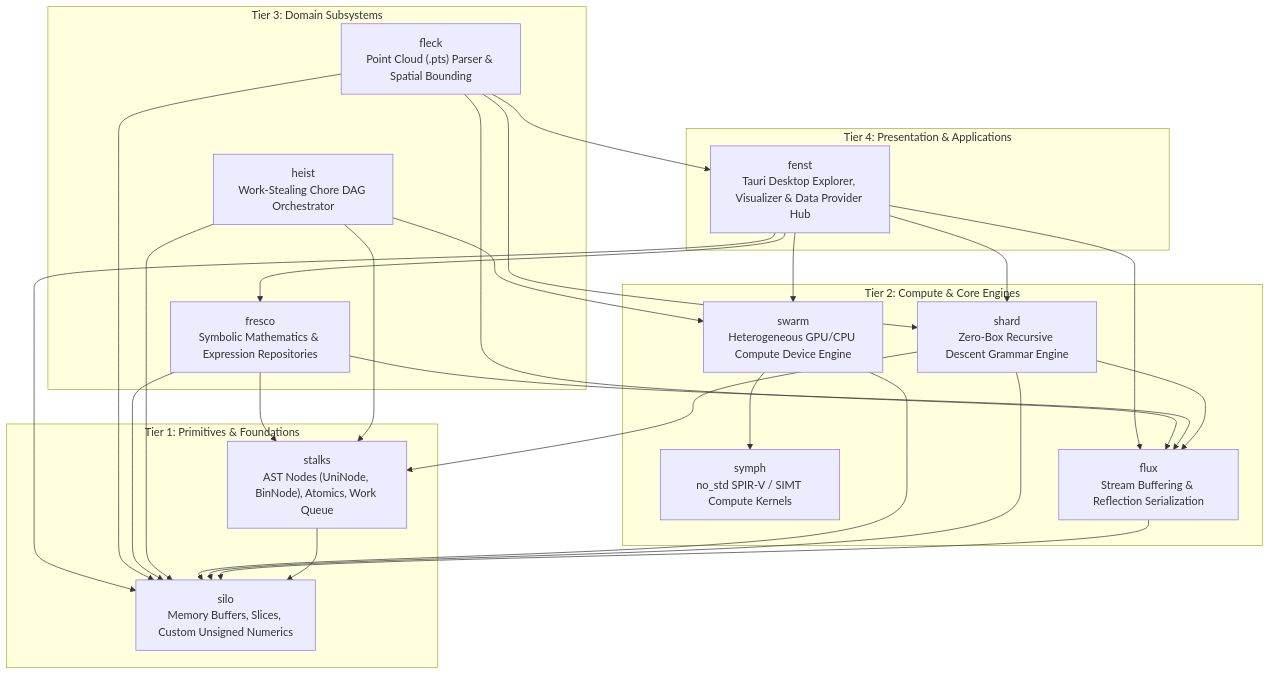
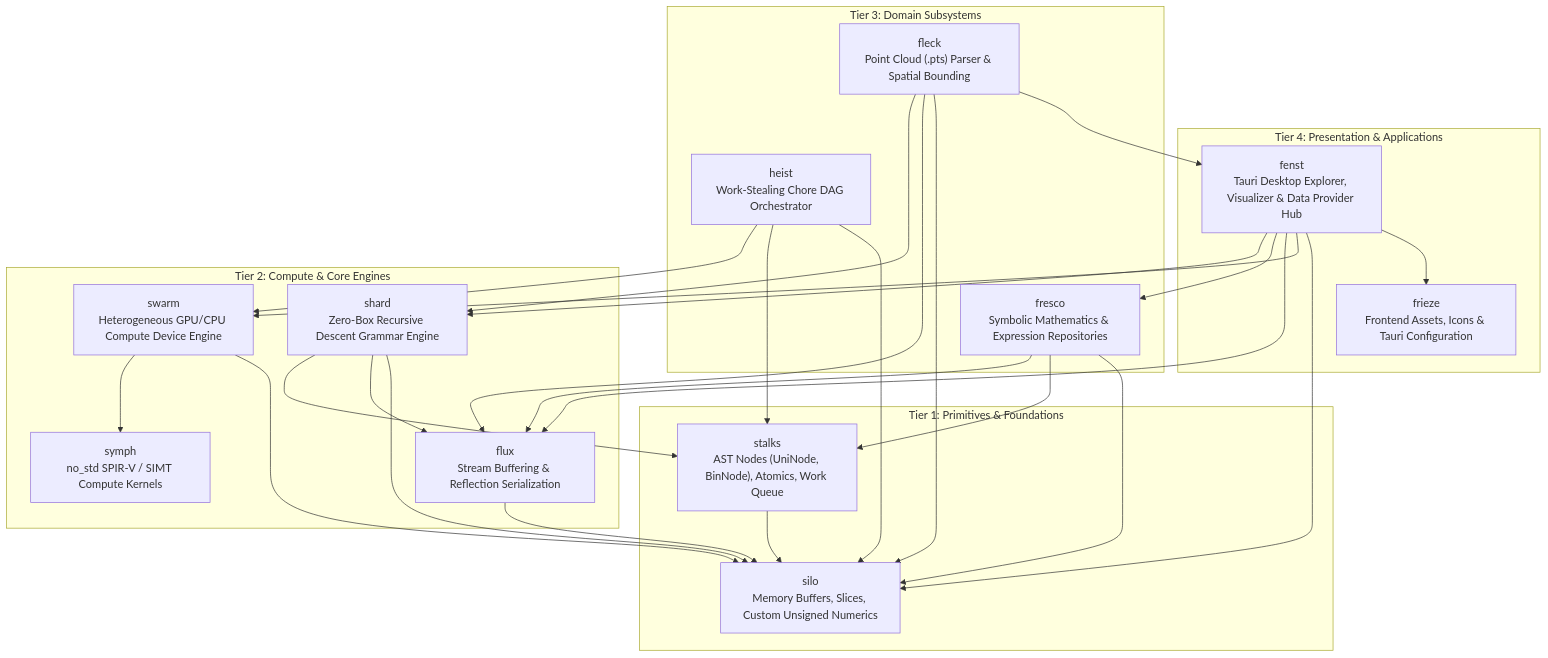
The diagram in wiki/Architecture.md (jswarup/Kosh), drawn with Mermaid before and after one commit. The commit also changed other lines of this file and 3 other files, not shown here.

First line of the commit message:
docs: add frieze module documentation and update architecture

````diff
--- a/wiki/Architecture.md
+++ b/wiki/Architecture.md
@@ -17,53 +17,55 @@
 ```mermaid
 graph TD
     subgraph Layer4 ["Tier 4: Presentation & Applications"]
         Fenst["fenst<br/>Tauri Desktop Explorer, Visualizer & Data Provider Hub"]
+        Frieze["frieze<br/>Frontend Assets, Icons & Tauri Configuration"]
     end
 
     subgraph Layer3 ["Tier 3: Domain Subsystems"]
         Fleck["fleck<br/>Point Cloud (.pts) Parser & Spatial Bounding"]
         Fresco["fresco<br/>Symbolic Mathematics & Expression Repositories"]
         Heist["heist<br/>Work-Stealing Chore DAG Orchestrator"]
     end
 
     subgraph Layer2 ["Tier 2: Compute & Core Engines"]
         Swarm["swarm<br/>Heterogeneous GPU/CPU Compute Device Engine"]
         Symph["symph<br/>no_std SPIR-V / SIMT Compute Kernels"]
         Shard["shard<br/>Zero-Box Recursive Descent Grammar Engine"]
         Flux["flux<br/>Stream Buffering & Reflection Serialization"]
     end
 
     subgraph Layer1 ["Tier 1: Primitives & Foundations"]
         Stalks["stalks<br/>AST Nodes (UniNode, BinNode), Atomics, Work Queue"]
         Silo["silo<br/>Memory Buffers, Slices, Custom Unsigned Numerics"]
     end
 
     Fenst --> Shard
     Fenst --> Fresco
     Fenst --> Flux
     Fenst --> Swarm
     Fenst --> Silo
+    Fenst --> Frieze
 
     Fleck --> Shard
     Fleck --> Flux
     Fleck --> Silo
     Fleck --> Fenst
 
     Fresco --> Flux
     Fresco --> Stalks
     Fresco --> Silo
 
     Heist --> Swarm
     Heist --> Stalks
     Heist --> Silo
 
     Swarm --> Symph
     Swarm --> Silo
 
     Shard --> Stalks
     Shard --> Flux
     Shard --> Silo
 
     Flux --> Silo
     Stalks --> Silo
 ```
````
